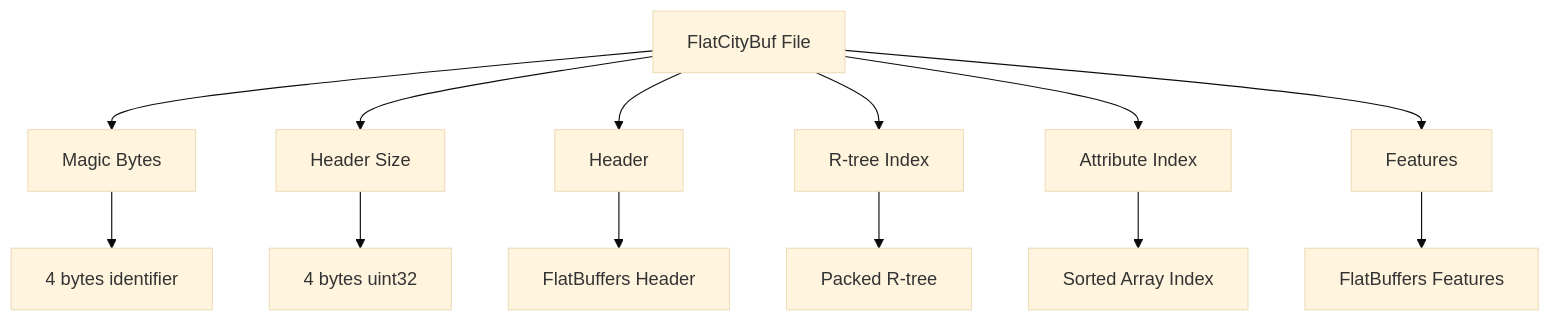
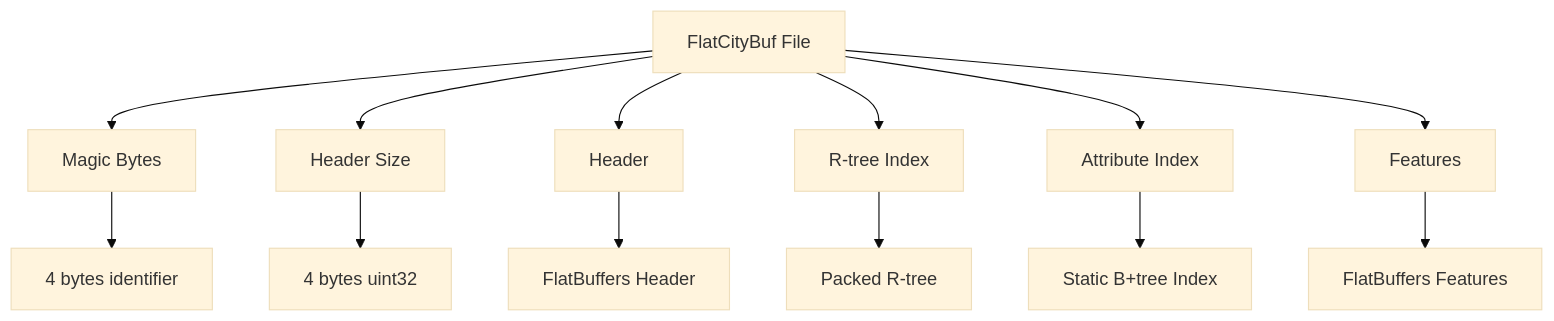
Before and after one commit to cityjson/flatcitybuf: the first of 6 diagrams in .cursor/rules/memory/specification.md, drawn with Mermaid (base theme). The commit also changed other lines of this file and 69 other files, not shown here.

Commit message:
feat: stream static B+Tree index (#22)

````diff
--- a/.cursor/rules/memory/specification.md
+++ b/.cursor/rules/memory/specification.md
@@ -157,16 +157,16 @@
 ```mermaid
 graph TD
     A[FlatCityBuf File] --> B[Magic Bytes]
     A --> C[Header Size]
     A --> D[Header]
     A --> E[R-tree Index]
     A --> F[Attribute Index]
     A --> G[Features]
 
     B --> B1[4 bytes identifier]
     C --> C1[4 bytes uint32]
     D --> D1[FlatBuffers Header]
     E --> E1[Packed R-tree]
-    F --> F1[Sorted Array Index]
+    F --> F1[Static B+tree Index]
     G --> G1[FlatBuffers Features]
 ```
````
